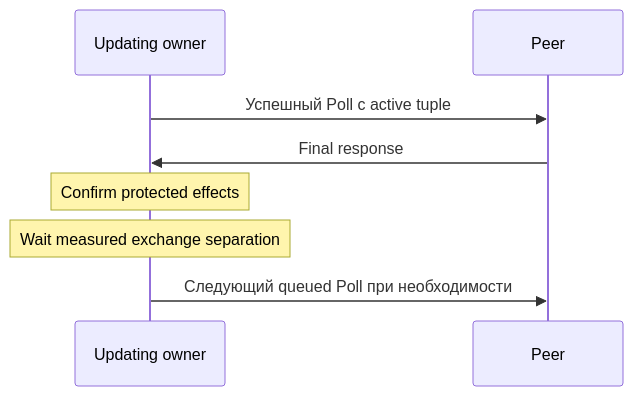
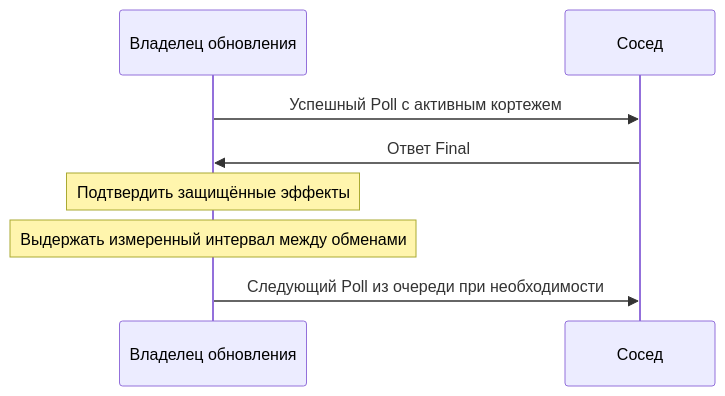
Before and after one commit to dantte-lp/gobfd: the second of 2 diagrams in docs/ru/02-protocol.md, drawn with Mermaid. The commit also changed other lines of this file and 52 other files, not shown here.

````diff
--- a/docs/ru/02-protocol.md
+++ b/docs/ru/02-protocol.md
@@ -100,10 +110,10 @@
 ```mermaid
 sequenceDiagram
-    participant A as Updating owner
-    participant B as Peer
-    A->>B: Успешный Poll с active tuple
-    B->>A: Final response
-    Note over A: Confirm protected effects
-    Note over A: Wait measured exchange separation
-    A->>B: Следующий queued Poll при необходимости
+    participant A as Владелец обновления
+    participant B as Сосед
+    A->>B: Успешный Poll с активным кортежем
+    B->>A: Ответ Final
+    Note over A: Подтвердить защищённые эффекты
+    Note over A: Выдержать измеренный интервал между обменами
+    A->>B: Следующий Poll из очереди при необходимости
 ```
````
